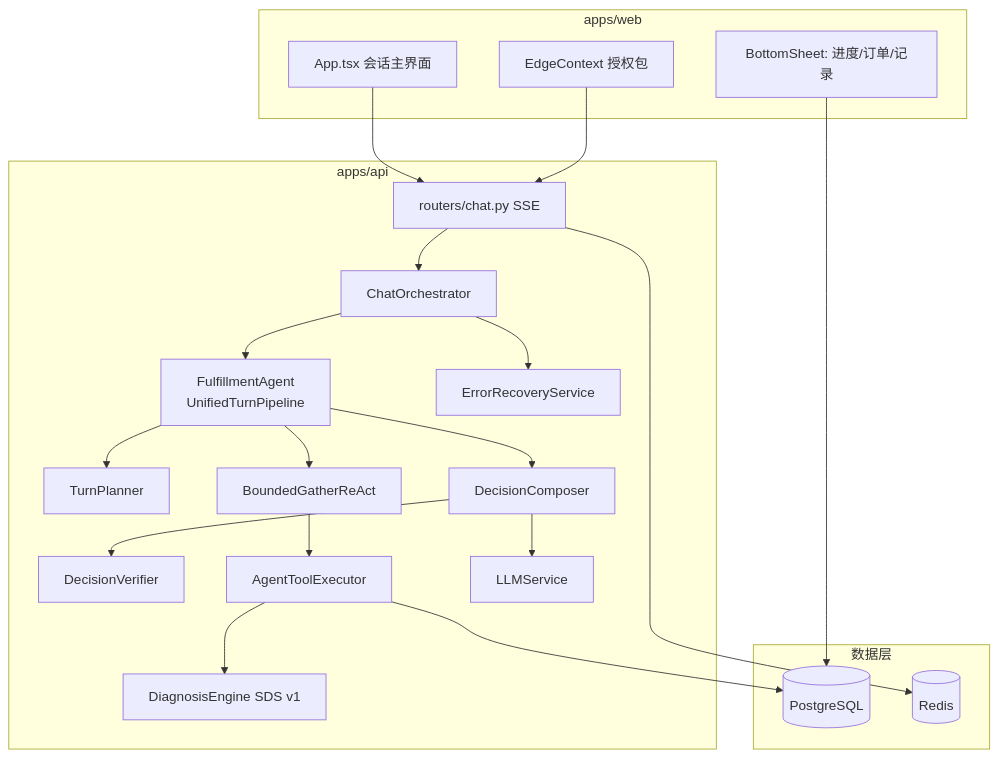
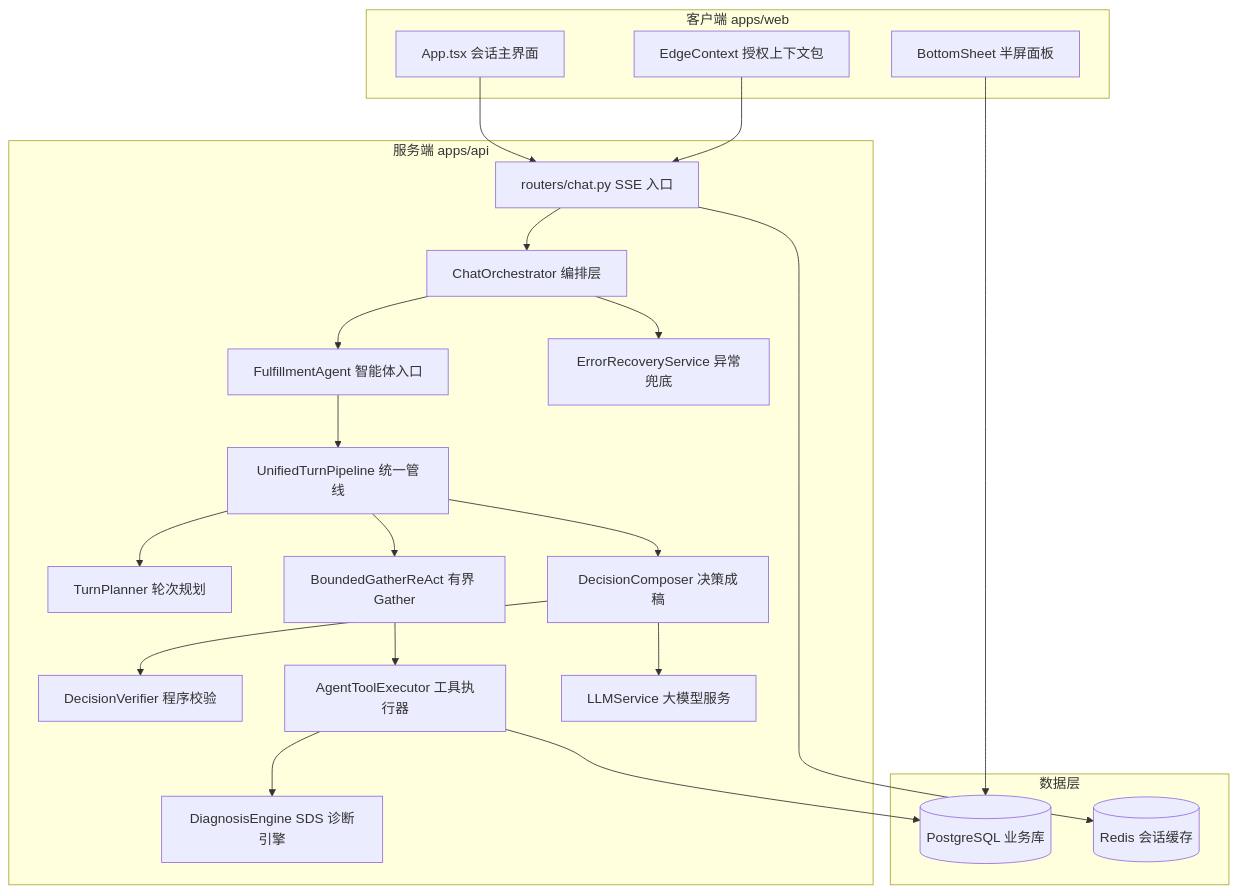
The first of 2 diagrams in docs/ARCHITECTURE.md (SheilahZ-2024/vibe_test), drawn with Mermaid before and after one commit. The commit also changed other lines of this file and 2 other files, not shown here.

First line of the commit message:
docs: comprehensive rewrite of README, architecture, and product guides

````diff
--- a/docs/ARCHITECTURE.md
+++ b/docs/ARCHITECTURE.md
@@ -23,43 +27,45 @@
 ```mermaid
 flowchart TB
-  subgraph client ["apps/web"]
+  subgraph client ["客户端 apps/web"]
     UI["App.tsx 会话主界面"]
-    Sheet["BottomSheet: 进度/订单/记录"]
-    Edge["EdgeContext 授权包"]
+    Sheet["BottomSheet 半屏面板"]
+    Edge["EdgeContext 授权上下文包"]
   end
 
-  subgraph api ["apps/api"]
-    Chat["routers/chat.py SSE"]
-    Orch["ChatOrchestrator"]
-    Agent["FulfillmentAgent\nUnifiedTurnPipeline"]
-    Plan["TurnPlanner"]
-    Gather["BoundedGatherReAct"]
-    Compose["DecisionComposer"]
-    Verify["DecisionVerifier"]
-    Tools["AgentToolExecutor"]
-    DX["DiagnosisEngine SDS v1"]
-    Recovery["ErrorRecoveryService"]
-    LLM["LLMService"]
+  subgraph api ["服务端 apps/api"]
+    Chat["routers/chat.py SSE 入口"]
+    Orch["ChatOrchestrator 编排层"]
+    Agent["FulfillmentAgent 智能体入口"]
+    Pipe["UnifiedTurnPipeline 统一管线"]
+    Plan["TurnPlanner 轮次规划"]
+    Gather["BoundedGatherReAct 有界 Gather"]
+    Compose["DecisionComposer 决策成稿"]
+    Verify["DecisionVerifier 程序校验"]
+    Tools["AgentToolExecutor 工具执行器"]
+    DX["DiagnosisEngine SDS 诊断引擎"]
+    Recovery["ErrorRecoveryService 异常兜底"]
+    LLM["LLMService 大模型服务"]
   end
 
   subgraph data ["数据层"]
-    PG[("PostgreSQL")]
-    RD[("Redis")]
+    PG[("PostgreSQL 业务库")]
+    RD[("Redis 会话缓存")]
   end
 
   UI --> Chat
   Edge --> Chat
   Chat --> Orch
   Orch --> Agent
-  Agent --> Plan
-  Agent --> Gather
+  Agent --> Pipe
+  Pipe --> Plan
+  Pipe --> Gather
   Gather --> Tools
-  Agent --> Compose
+  Pipe --> Compose
   Compose --> Verify
   Compose --> LLM
   Tools --> DX
   Orch --> Recovery
   Tools --> PG
   Chat --> RD
   Sheet --> PG
 ```
````
